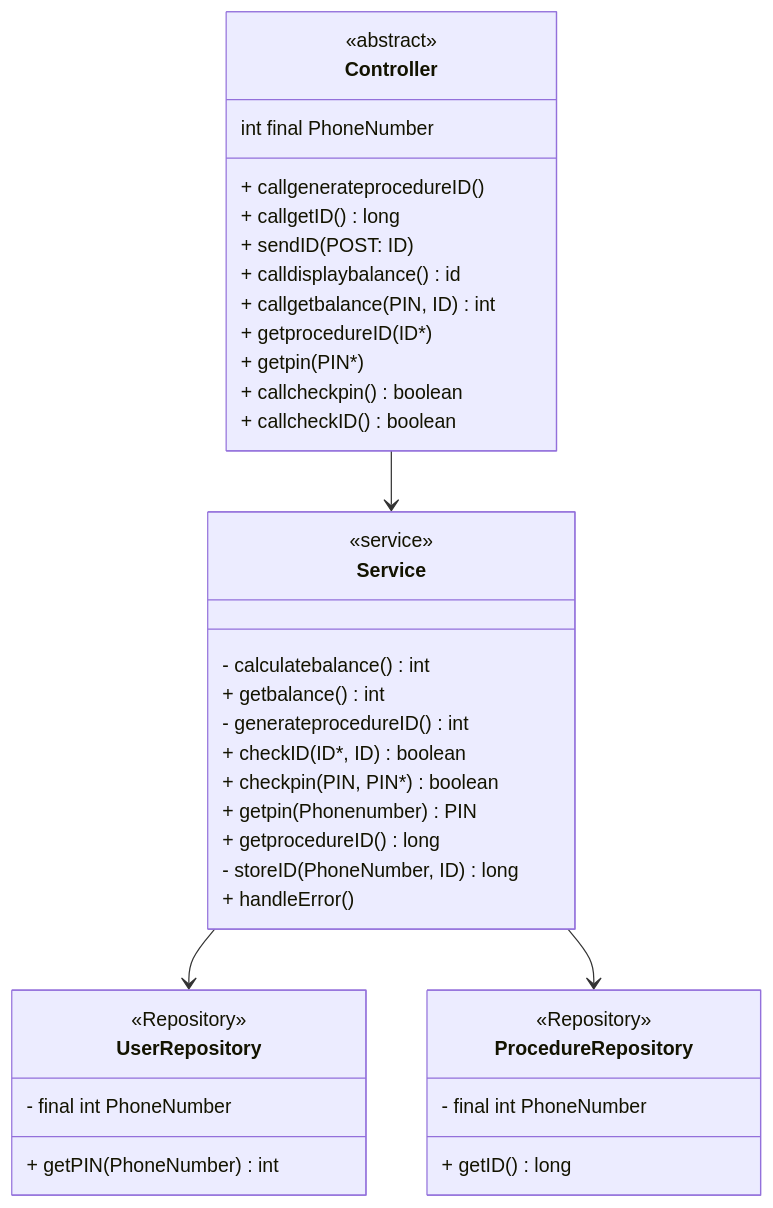
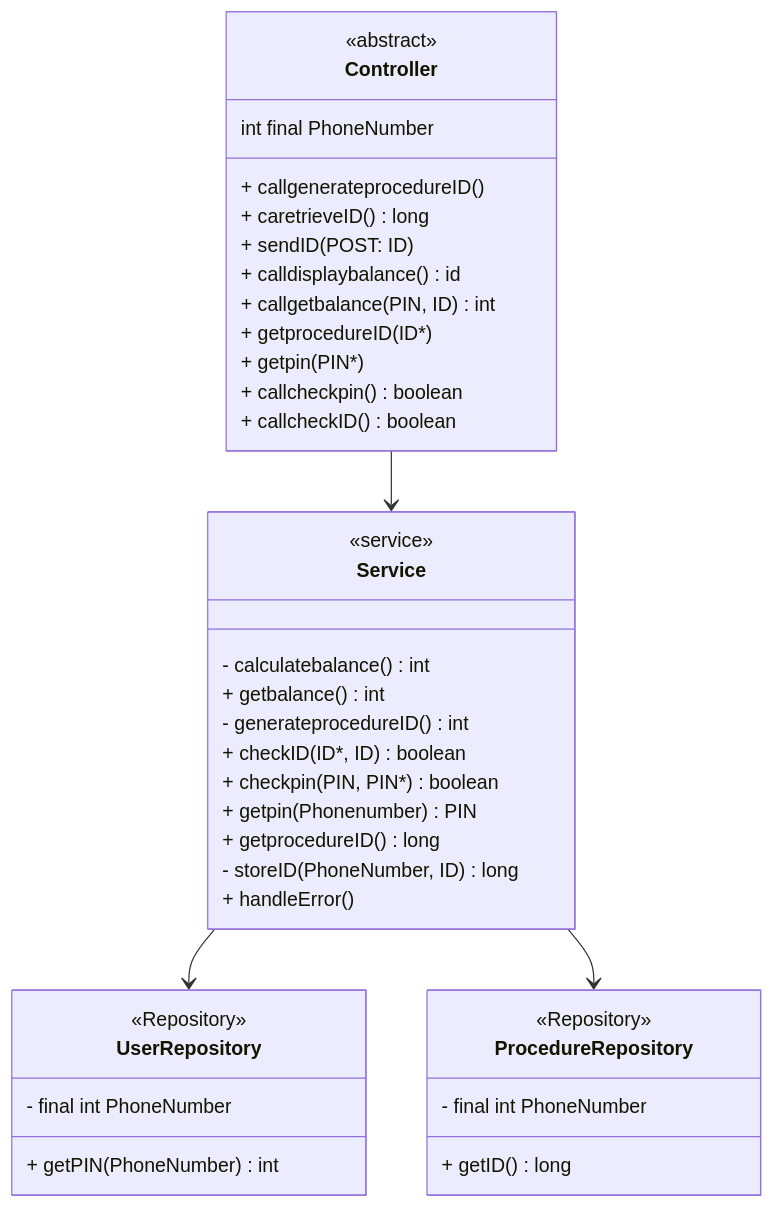
The diagram in docs/ValidatePInDisplayBalance.md (ADORSYS-GIS/e2e-banking-app), drawn with Mermaid before and after one commit. The commit also changed other lines of this file, not shown here.

````diff
--- a/docs/ValidatePInDisplayBalance.md
+++ b/docs/ValidatePInDisplayBalance.md
@@ -73,53 +56,53 @@
 ```mermaid
 classDiagram
     class Controller {
     <<abstract>> 
     int final PhoneNumber
     + callgenerateprocedureID()
-    + callgetID() long
+    + caretrieveID() long
     + sendID(POST: ID)
     + calldisplaybalance() id
     + callgetbalance(PIN, ID) int
     + getprocedureID(ID*)
     + getpin(PIN*)
     + callcheckpin() boolean
     + callcheckID() boolean
 
 
     }
 
     class ProcedureRepository {
         <<Repository>>
         - final int PhoneNumber
         + getID() long
      
     }
     class UserRepository {
         <<Repository>>
         - final int PhoneNumber
         + getPIN(PhoneNumber) int
         
     }
     class Service {
         <<service>>
 
         - calculatebalance() int
         + getbalance() int
         - generateprocedureID() int
         + checkID(ID*, ID) boolean
         + checkpin(PIN, PIN*) boolean
         + getpin(Phonenumber) PIN
         + getprocedureID() long
         - storeID(PhoneNumber, ID) long
         + handleError()
  }
   
     
     Controller --> Service
     Service --> UserRepository
     Service --> ProcedureRepository
 
    
     
     
 ```
````
